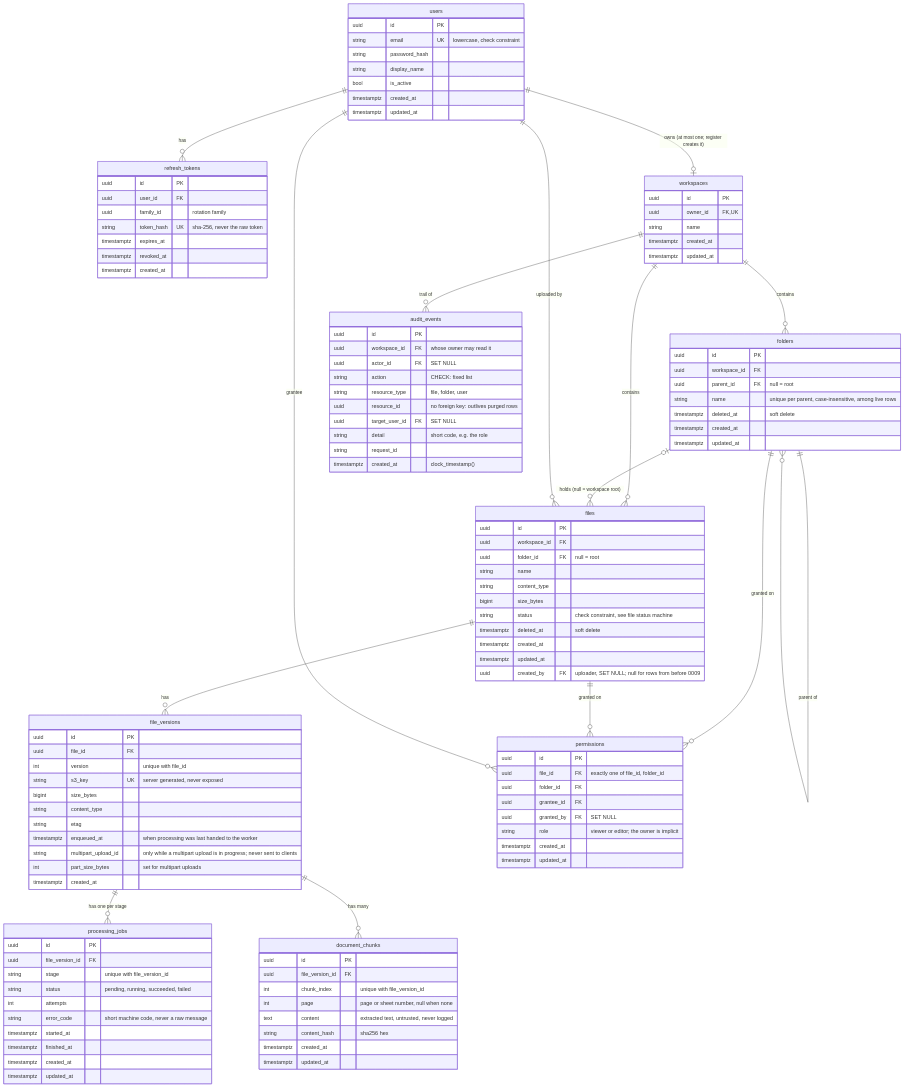
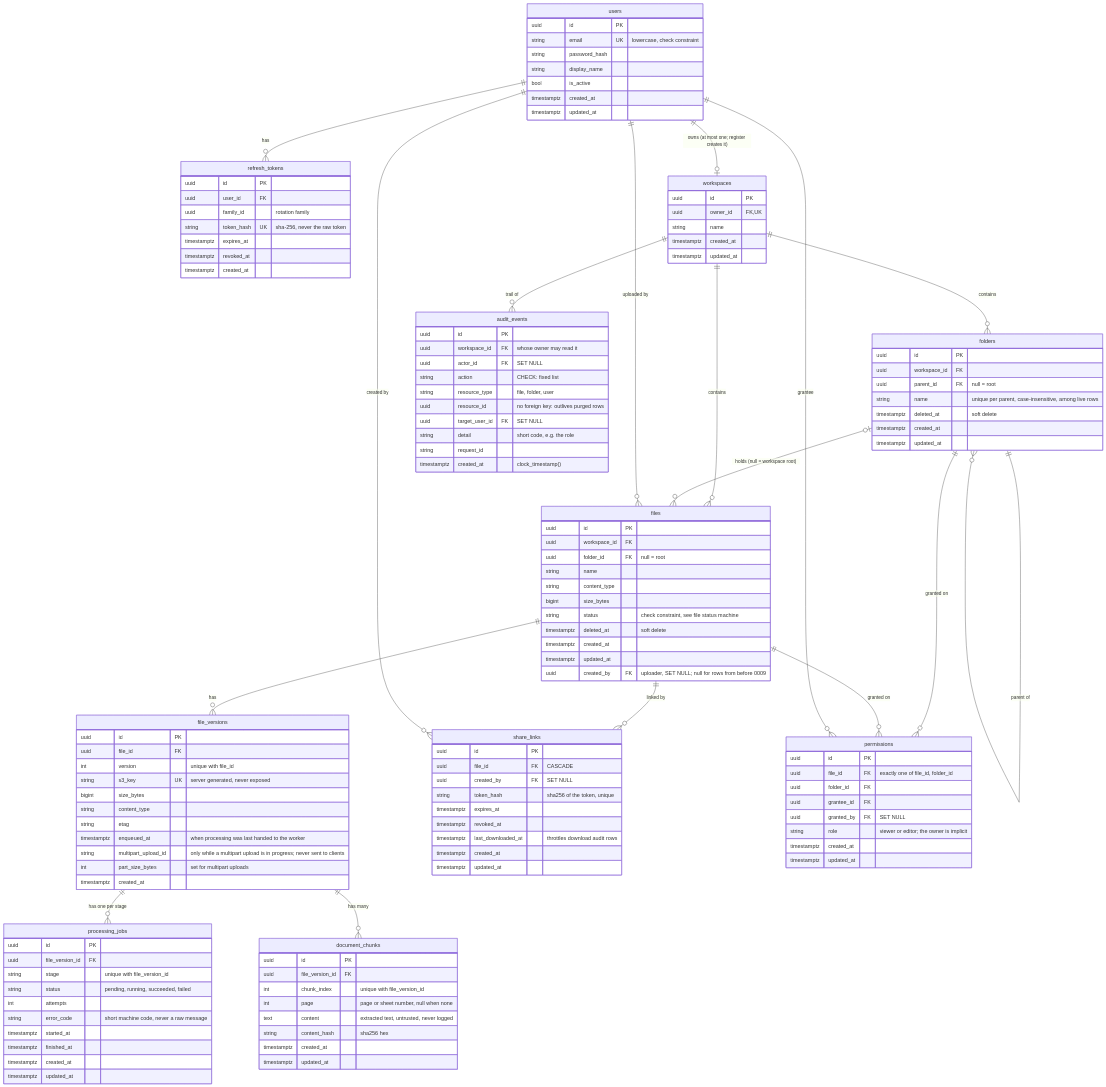
One commit to manan-77/clouddrop changed the diagram in docs/er-diagram.md. Above: the diagram before and after it, drawn with Mermaid. The commit also changed 16 other files, not shown here.

First line of the commit message:
feat(backend): add share links for files (#26)

```diff
--- a/docs/er-diagram.md
+++ b/docs/er-diagram.md
@@ -14,6 +14,8 @@
     file_versions ||--o{ processing_jobs : "has one per stage"
     file_versions ||--o{ document_chunks : "has many"
     workspaces ||--o{ audit_events : "trail of"
+    files ||--o{ share_links : "linked by"
+    users ||--o{ share_links : "created by"
     folders ||--o{ permissions : "granted on"
     files ||--o{ permissions : "granted on"
     users ||--o{ permissions : "grantee"
@@ -101,6 +103,17 @@
         timestamptz created_at
         timestamptz updated_at
     }
+    share_links {
+        uuid id PK
+        uuid file_id FK "CASCADE"
+        uuid created_by FK "SET NULL"
+        string token_hash "sha256 of the token, unique"
+        timestamptz expires_at
+        timestamptz revoked_at
+        timestamptz last_downloaded_at "throttles download audit rows"
+        timestamptz created_at
+        timestamptz updated_at
+    }
     audit_events {
         uuid id PK
         uuid workspace_id FK "whose owner may read it"
```
